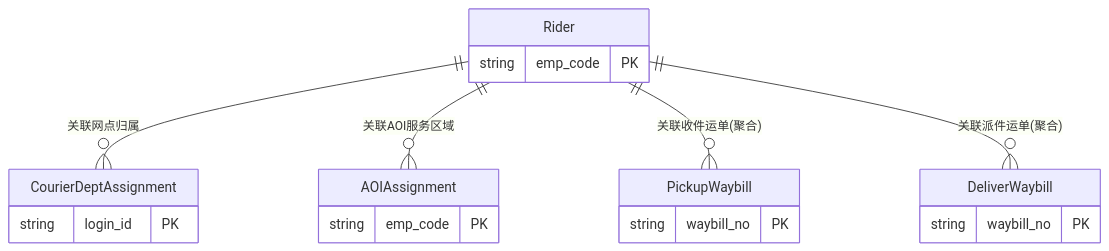
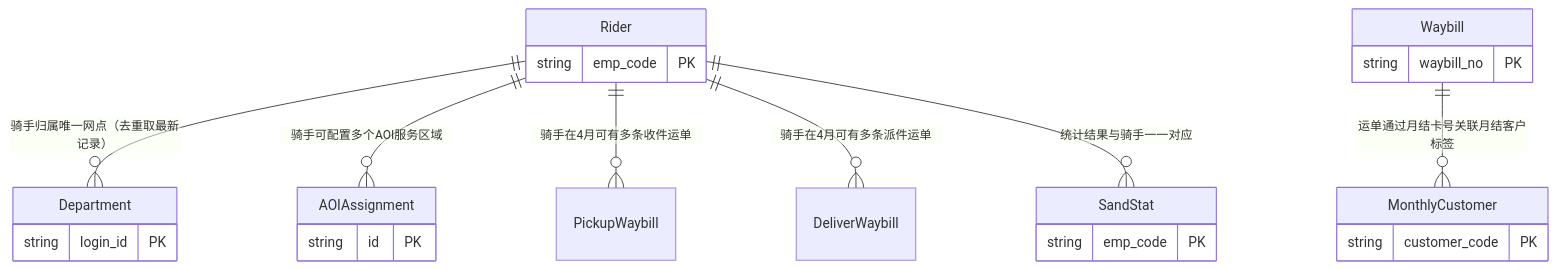
One commit to JohnnyQ-commits/aqueduct-data-agent changed the third of 3 diagrams in knowledge/semantic-model.md. Above: the diagram before and after it, drawn with Mermaid. The commit also changed other lines of this file and 2 other files, not shown here.

````diff
--- a/knowledge/semantic-model.md
+++ b/knowledge/semantic-model.md
@@ -93,22 +93,27 @@
 ```mermaid
 erDiagram
     Rider {
         string emp_code PK
     }
-    CourierDeptAssignment {
+    Department {
         string login_id PK
     }
     AOIAssignment {
+        string id PK
+    }
+    Waybill {
+        string waybill_no PK
+    }
+    MonthlyCustomer {
+        string customer_code PK
+    }
+    SandStat {
         string emp_code PK
     }
-    PickupWaybill {
-        string waybill_no PK
-    }
-    DeliverWaybill {
-        string waybill_no PK
-    }
-    Rider ||--o{ CourierDeptAssignment : "关联网点归属"
-    Rider ||--o{ AOIAssignment : "关联AOI服务区域"
-    Rider ||--o{ PickupWaybill : "关联收件运单(聚合)"
-    Rider ||--o{ DeliverWaybill : "关联派件运单(聚合)"
+    Rider ||--o{ Department : "骑手归属唯一网点（去重取最新记录）"
+    Rider ||--o{ AOIAssignment : "骑手可配置多个AOI服务区域"
+    Rider ||--o{ PickupWaybill : "骑手在4月可有多条收件运单"
+    Rider ||--o{ DeliverWaybill : "骑手在4月可有多条派件运单"
+    Waybill ||--o{ MonthlyCustomer : "运单通过月结卡号关联月结客户标签"
+    Rider ||--o{ SandStat : "统计结果与骑手一一对应"
 ```
````
